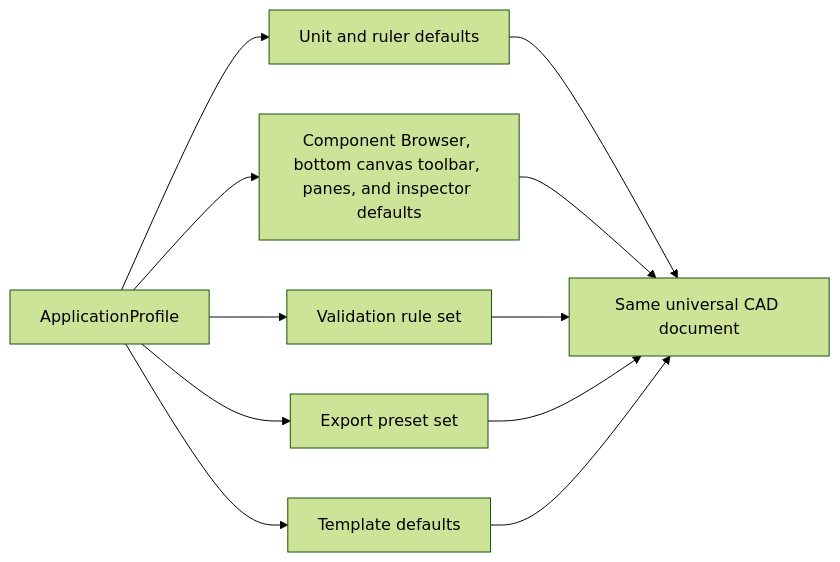
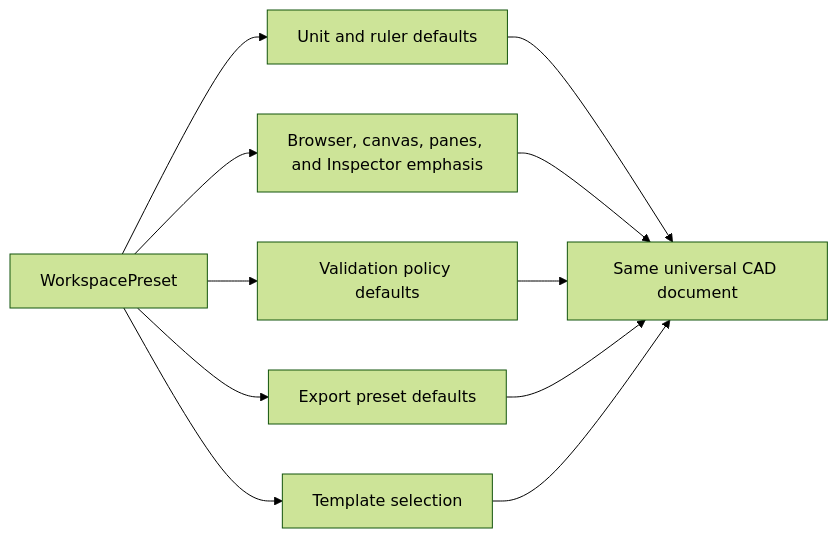
The fourth of 5 diagrams in Rupa/PRODUCT_REQUIREMENTS.md (1amageek/Rupa), drawn with Mermaid (forest theme) before and after one commit. The commit also changed other lines of this file and 447 other files, not shown here.

````diff
--- a/Rupa/PRODUCT_REQUIREMENTS.md
+++ b/Rupa/PRODUCT_REQUIREMENTS.md
@@ -140,13 +169,13 @@
 ```mermaid
 flowchart LR
-    Profile["ApplicationProfile"] --> Units["Unit and ruler defaults"]
-    Profile --> UI["Component Browser, bottom canvas toolbar, panes, and inspector defaults"]
-    Profile --> Validation["Validation rule set"]
-    Profile --> Export["Export preset set"]
-    Profile --> Templates["Template defaults"]
+    Preset["WorkspacePreset"] --> Units["Unit and ruler defaults"]
+    Preset --> UI["Browser, canvas, panes, and Inspector emphasis"]
+    Preset --> Validation["Validation policy defaults"]
+    Preset --> Export["Export preset defaults"]
+    Preset --> Templates["Template selection"]
     Units --> Universal["Same universal CAD document"]
     UI --> Universal
     Validation --> Universal
     Export --> Universal
     Templates --> Universal
 ```
````
